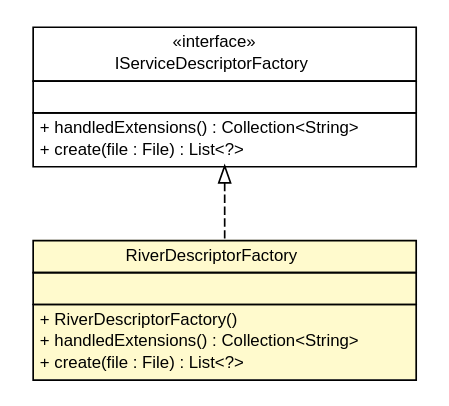
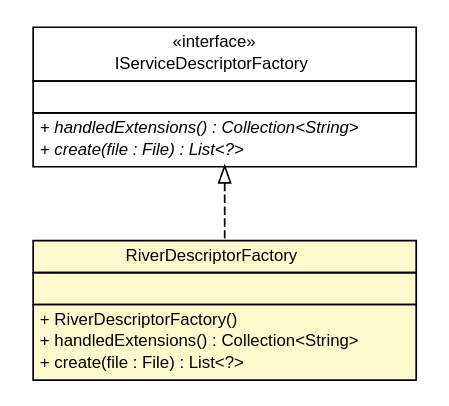
Before and after one commit to sorcersoft/sorcersoft.github.io: the diagram in apidocs/sorcer/boot/RiverDescriptorFactory.dot, drawn with Graphviz. The commit also changed 3895 other files, not shown here.

```diff
--- a/apidocs/sorcer/boot/RiverDescriptorFactory.dot
+++ b/apidocs/sorcer/boot/RiverDescriptorFactory.dot
@@ -1,42 +1,42 @@
 #!/usr/local/bin/dot
 #
 # Class diagram 
 # Generated by UMLGraph version R5_6 (http://www.umlgraph.org/)
 #
 
 digraph G {
 	edge [fontname="Helvetica",fontsize=10,labelfontname="Helvetica",labelfontsize=10];
 	node [fontname="Helvetica",fontsize=10,shape=plaintext];
 	nodesep=0.25;
 	ranksep=0.5;
 	// sorcer.boot.RiverDescriptorFactory
-	c438060 [label=<<table title="sorcer.boot.RiverDescriptorFactory" border="0" cellborder="1" cellspacing="0" cellpadding="2" port="p" bgcolor="lemonChiffon" href="./RiverDescriptorFactory.html">
+	c470773 [label=<<table title="sorcer.boot.RiverDescriptorFactory" border="0" cellborder="1" cellspacing="0" cellpadding="2" port="p" bgcolor="lemonChiffon" href="./RiverDescriptorFactory.html">
 		<tr><td><table border="0" cellspacing="0" cellpadding="1">
 <tr><td align="center" balign="center"> RiverDescriptorFactory </td></tr>
 		</table></td></tr>
 		<tr><td><table border="0" cellspacing="0" cellpadding="1">
 <tr><td align="left" balign="left">  </td></tr>
 		</table></td></tr>
 		<tr><td><table border="0" cellspacing="0" cellpadding="1">
 <tr><td align="left" balign="left"> + RiverDescriptorFactory() </td></tr>
 <tr><td align="left" balign="left"> + handledExtensions() : Collection&lt;String&gt; </td></tr>
 <tr><td align="left" balign="left"> + create(file : File) : List&lt;?&gt; </td></tr>
 		</table></td></tr>
 		</table>>, URL="./RiverDescriptorFactory.html", fontname="Helvetica", fontcolor="black", fontsize=10.0];
 	// sorcer.boot.IServiceDescriptorFactory
-	c438063 [label=<<table title="sorcer.boot.IServiceDescriptorFactory" border="0" cellborder="1" cellspacing="0" cellpadding="2" port="p" href="./IServiceDescriptorFactory.html">
+	c470775 [label=<<table title="sorcer.boot.IServiceDescriptorFactory" border="0" cellborder="1" cellspacing="0" cellpadding="2" port="p" href="./IServiceDescriptorFactory.html">
 		<tr><td><table border="0" cellspacing="0" cellpadding="1">
 <tr><td align="center" balign="center"> &#171;interface&#187; </td></tr>
 <tr><td align="center" balign="center"> IServiceDescriptorFactory </td></tr>
 		</table></td></tr>
 		<tr><td><table border="0" cellspacing="0" cellpadding="1">
 <tr><td align="left" balign="left">  </td></tr>
 		</table></td></tr>
 		<tr><td><table border="0" cellspacing="0" cellpadding="1">
-<tr><td align="left" balign="left"> + handledExtensions() : Collection&lt;String&gt; </td></tr>
-<tr><td align="left" balign="left"> + create(file : File) : List&lt;?&gt; </td></tr>
+<tr><td align="left" balign="left"><font face="Helvetica-Oblique" point-size="10.0"> + handledExtensions() : Collection&lt;String&gt; </font></td></tr>
+<tr><td align="left" balign="left"><font face="Helvetica-Oblique" point-size="10.0"> + create(file : File) : List&lt;?&gt; </font></td></tr>
 		</table></td></tr>
 		</table>>, URL="./IServiceDescriptorFactory.html", fontname="Helvetica", fontcolor="black", fontsize=10.0];
 	//sorcer.boot.RiverDescriptorFactory implements sorcer.boot.IServiceDescriptorFactory
-	c438063:p -> c438060:p [dir=back,arrowtail=empty,style=dashed];
+	c470775:p -> c470773:p [dir=back,arrowtail=empty,style=dashed];
 }
```
